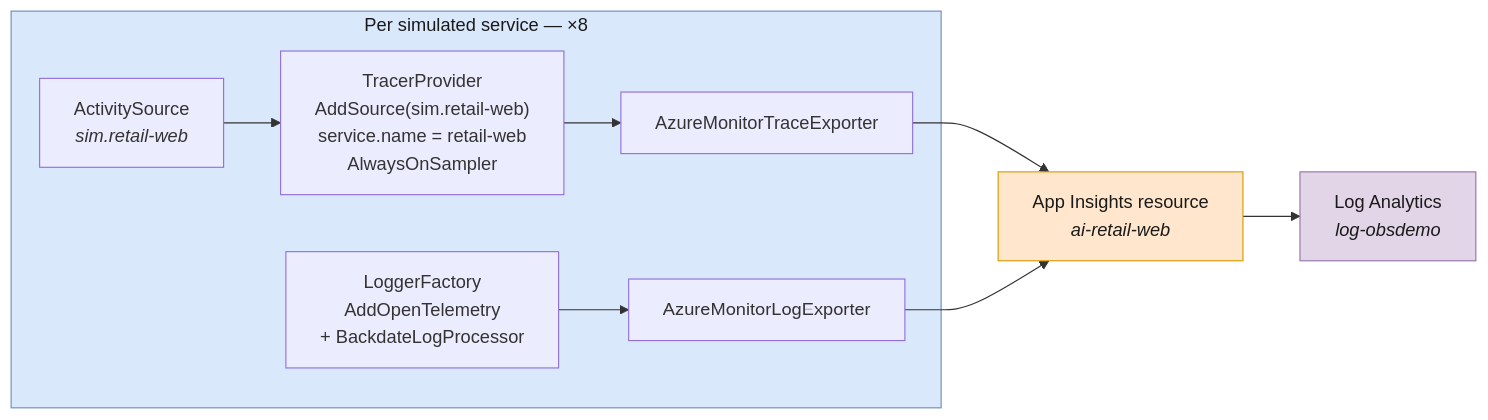
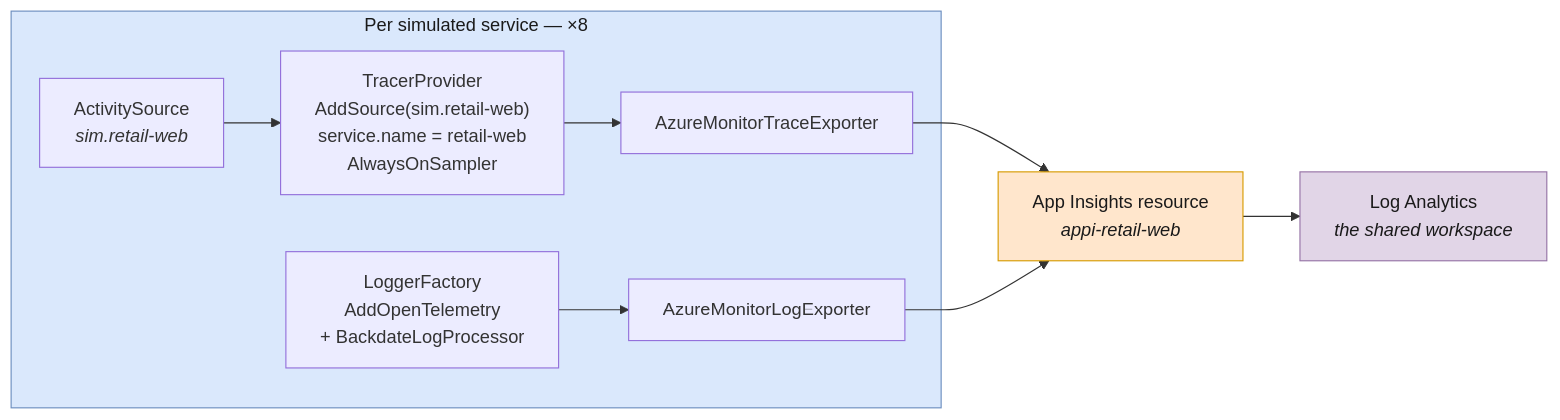
Before and after one commit to howardginsburg/Azure-AppInsights-and-AppCatalog-Demo: the fifth of 9 diagrams in demo/simulator/ARCHITECTURE.md, drawn with Mermaid. The commit also changed other lines of this file and 83 other files, not shown here.

````diff
--- a/demo/simulator/ARCHITECTURE.md
+++ b/demo/simulator/ARCHITECTURE.md
@@ -225,19 +228,19 @@
 ```mermaid
 flowchart LR
     subgraph one["Per simulated service — ×8"]
         AS["ActivitySource<br/><i>sim.retail-web</i>"]
         TP["TracerProvider<br/>AddSource(sim.retail-web)<br/>service.name = retail-web<br/>AlwaysOnSampler"]
         LF["LoggerFactory<br/>AddOpenTelemetry<br/>+ BackdateLogProcessor"]
         TE["AzureMonitorTraceExporter"]
         LE["AzureMonitorLogExporter"]
         AS --> TP --> TE
         LF --> LE
     end
-    TE --> AI["App Insights resource<br/><i>ai-retail-web</i>"]
+    TE --> AI["App Insights resource<br/><i>appi-retail-web</i>"]
     LE --> AI
-    AI --> WS["Log Analytics<br/><i>log-obsdemo</i>"]
+    AI --> WS["Log Analytics<br/><i>the shared workspace</i>"]
 
     style one fill:#dae8fc,stroke:#6c8ebf,color:#1a1a1a
     style AI fill:#ffe6cc,stroke:#d79b00,color:#1a1a1a
     style WS fill:#e1d5e7,stroke:#9673a6,color:#1a1a1a
 ```
````
